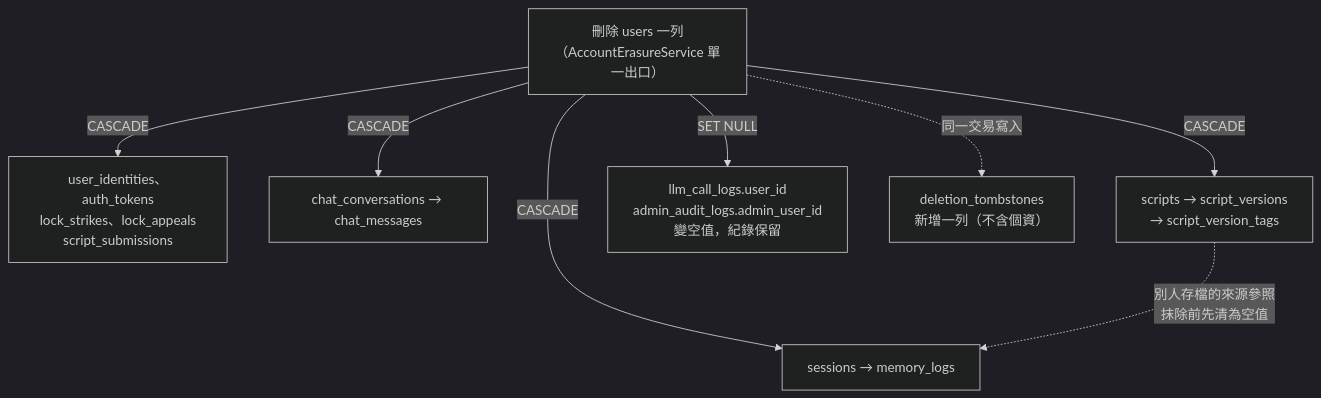
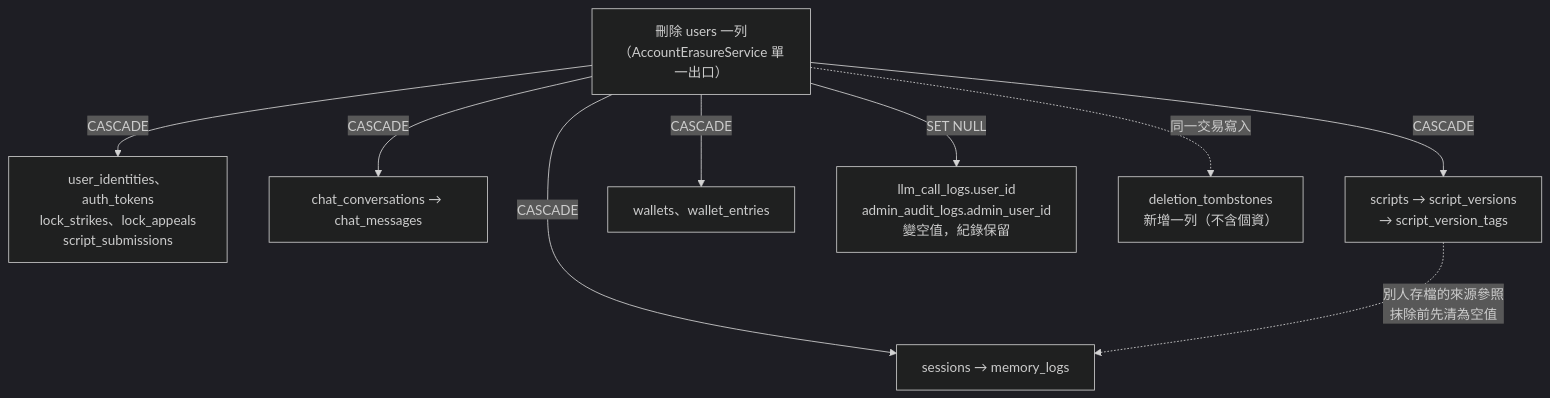
Before and after one commit to pp466pp466/R.A.C: the eighth of 11 diagrams in docs/project資料結構文件.md, drawn with Mermaid (dark theme). The commit also changed other lines of this file and 84 other files, not shown here.

````diff
--- a/docs/project資料結構文件.md
+++ b/docs/project資料結構文件.md
@@ -489,17 +550,19 @@
 ```mermaid
 flowchart TD
     U["刪除 users 一列<br/>（AccountErasureService 單一出口）"]
     A["user_identities、auth_tokens<br/>lock_strikes、lock_appeals<br/>script_submissions"]
     B["chat_conversations → chat_messages"]
     C["scripts → script_versions<br/>→ script_version_tags"]
     D["sessions → memory_logs"]
+    W["wallets、wallet_entries"]
     E["llm_call_logs.user_id<br/>admin_audit_logs.admin_user_id<br/>變空值，紀錄保留"]
     F["deletion_tombstones<br/>新增一列（不含個資）"]
     U -->|"CASCADE"| A
     U -->|"CASCADE"| B
     U -->|"CASCADE"| C
     U -->|"CASCADE"| D
+    U -->|"CASCADE"| W
     U -->|"SET NULL"| E
     U -.->|"同一交易寫入"| F
     C -.->|"別人存檔的來源參照<br/>抹除前先清為空值"| D
 ```
````
